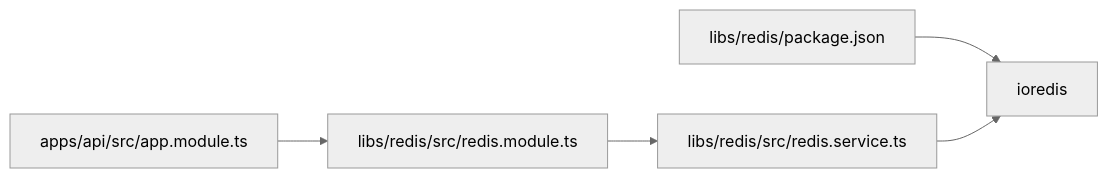
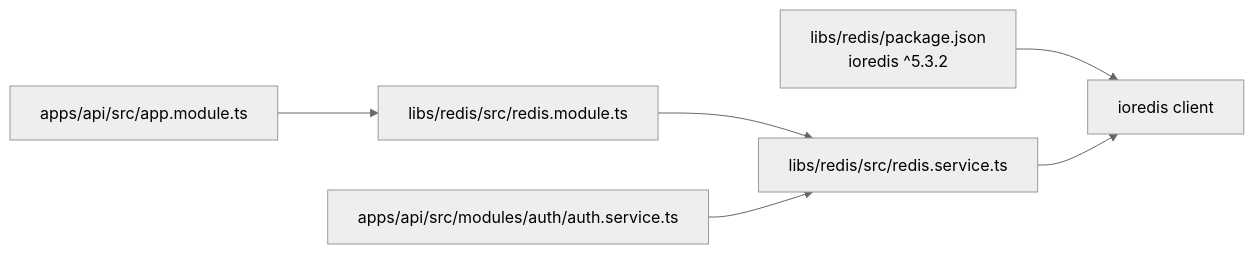
One commit to Avi-Bendetsky/Quiz-to-build changed the sixth of 6 diagrams in .qoder/repowiki/en/content/Shared Libraries/Redis Library.md. Above: the diagram before and after it, drawn with Mermaid (neutral theme). The commit also changed other lines of this file and 41 other files, not shown here.

````diff
--- a/.qoder/repowiki/en/content/Shared Libraries/Redis Library.md
+++ b/.qoder/repowiki/en/content/Shared Libraries/Redis Library.md
@@ -249,7 +312,8 @@
 ```mermaid
 graph LR
-PKG["libs/redis/package.json"] --> IO["ioredis"]
+PKG["libs/redis/package.json<br/>ioredis ^5.3.2"] --> IO["ioredis client"]
 RS["libs/redis/src/redis.service.ts"] --> IO
 RM["libs/redis/src/redis.module.ts"] --> RS
 AM["apps/api/src/app.module.ts"] --> RM
+AUTH["apps/api/src/modules/auth/auth.service.ts"] --> RS
 ```
````
